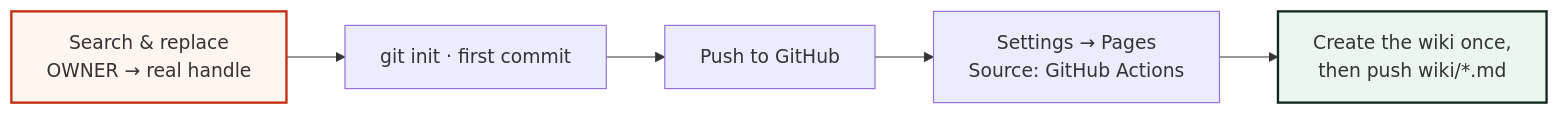
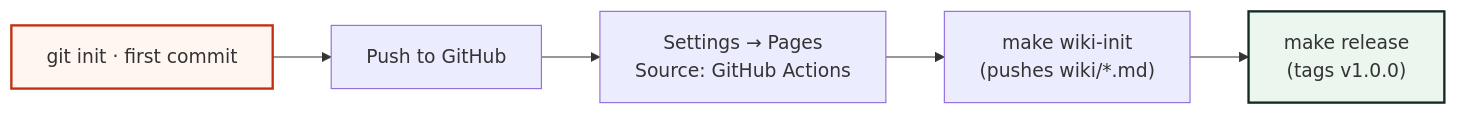
Before and after one commit to RUN-APPAREL/stitchcode: the first of 2 diagrams in docs/PRODUCTION_CHECKLIST.md, drawn with Mermaid. The commit also changed other lines of this file and 13 other files, not shown here.

````diff
--- a/docs/PRODUCTION_CHECKLIST.md
+++ b/docs/PRODUCTION_CHECKLIST.md
@@ -10,9 +13,9 @@
 ```mermaid
 flowchart LR
-  A["Search & replace<br/>OWNER → real handle"] --> B["git init · first commit"]
-  B --> C["Push to GitHub"]
-  C --> D["Settings → Pages<br/>Source: GitHub Actions"]
-  D --> E["Create the wiki once,<br/>then push wiki/*.md"]
+  A["git init · first commit"] --> B["Push to GitHub"]
+  B --> C["Settings → Pages<br/>Source: GitHub Actions"]
+  C --> D["make wiki-init<br/>(pushes wiki/*.md)"]
+  D --> E["make release<br/>(tags v1.0.0)"]
   style A fill:#fff6f0,stroke:#c22e12,stroke-width:2px
   style E fill:#eaf6ee,stroke:#132a22,stroke-width:2px
 ```
````
